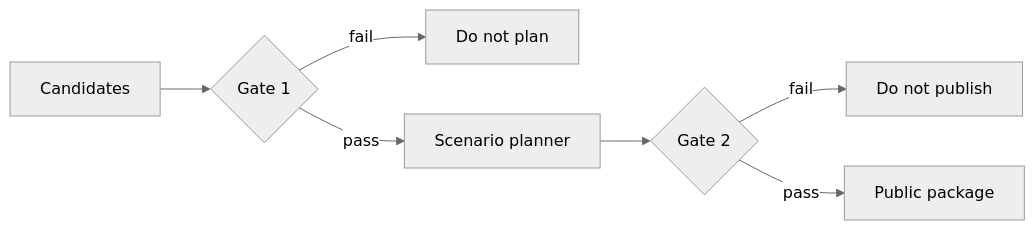
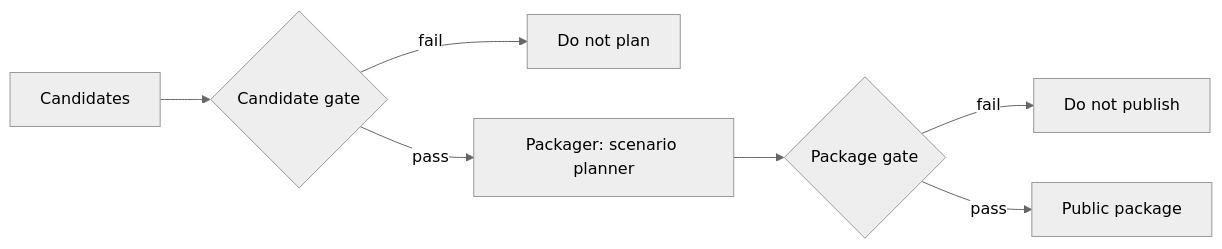
One commit to thiaga-gk/expert-funicular changed diagram 15 of 19 in docs/architecture/context.md. Above: the diagram before and after it, drawn with Mermaid (neutral theme). The commit also changed other lines of this file and 11 other files, not shown here.

First line of the commit message:
Reorg Phase 10 step E: docs describe the capability architecture

````diff
--- a/docs/architecture/context.md
+++ b/docs/architecture/context.md
@@ -897,9 +897,9 @@
 ```mermaid
 flowchart LR
-    C[Candidates] --> R1{Gate 1}
+    C[Candidates] --> R1{Candidate gate}
     R1 -->|fail| STOP1[Do not plan]
-    R1 -->|pass| S[Scenario planner]
-    S --> R2{Gate 2}
+    R1 -->|pass| S[Packager: scenario planner]
+    S --> R2{Package gate}
     R2 -->|fail| STOP2[Do not publish]
     R2 -->|pass| P[Public package]
 ```
````
